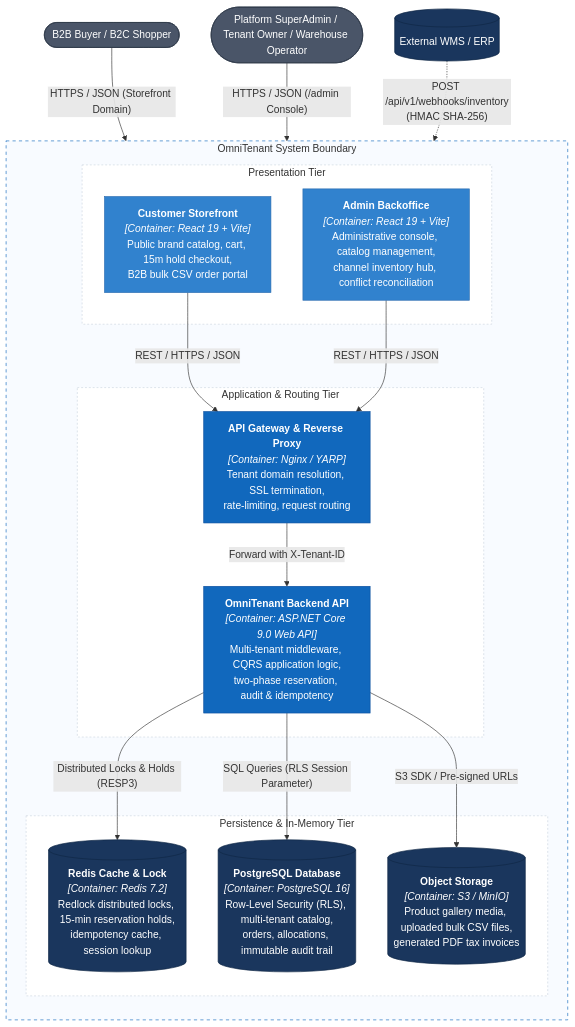
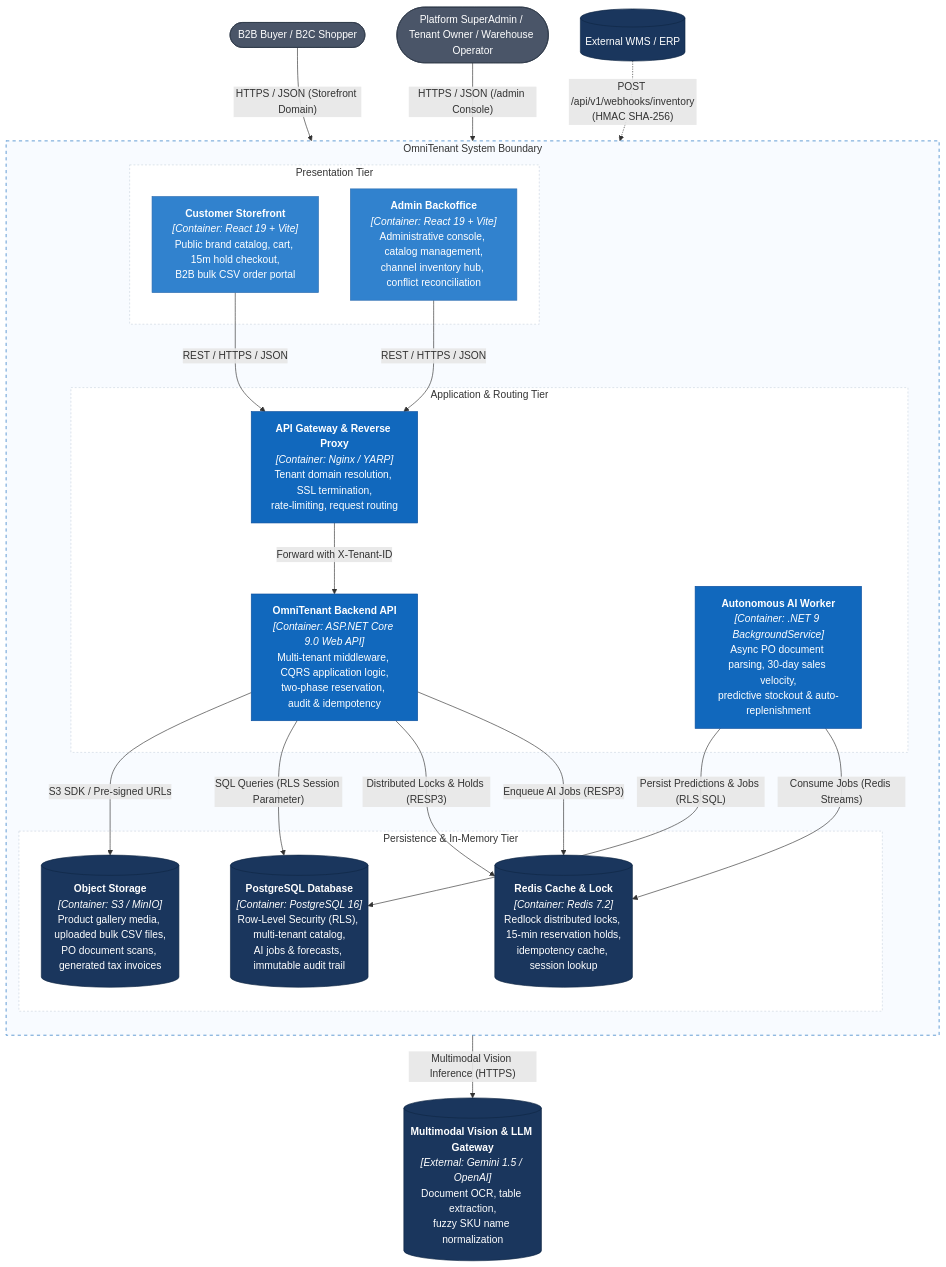
Before and after one commit to keybeand/OmniTennant: the diagram in docs/architecture/c4/02-container.md, drawn with Mermaid. The commit also changed other lines of this file and 12 other files, not shown here.

````diff
--- a/docs/architecture/c4/02-container.md
+++ b/docs/architecture/c4/02-container.md
@@ -11,54 +11,62 @@
 ```mermaid
 flowchart TB
     admin(["Platform SuperAdmin / Tenant Owner / Warehouse Operator"])
     shopper(["B2B Buyer / B2C Shopper"])
     extWms[("External WMS / ERP")]
 
     subgraph platform["OmniTenant System Boundary"]
         direction TB
 
         subgraph frontendTier["Presentation Tier"]
             storefrontApp["<b>Customer Storefront</b><br/><i>[Container: React 19 + Vite]</i><br/>Public brand catalog, cart, 15m hold checkout,<br/>B2B bulk CSV order portal"]
             backofficeApp["<b>Admin Backoffice</b><br/><i>[Container: React 19 + Vite]</i><br/>Administrative console, catalog management,<br/>channel inventory hub, conflict reconciliation"]
         end
 
         subgraph apiTier["Application & Routing Tier"]
             apiGateway["<b>API Gateway & Reverse Proxy</b><br/><i>[Container: Nginx / YARP]</i><br/>Tenant domain resolution, SSL termination,<br/>rate-limiting, request routing"]
             backendApp["<b>OmniTenant Backend API</b><br/><i>[Container: ASP.NET Core 9.0 Web API]</i><br/>Multi-tenant middleware, CQRS application logic,<br/>two-phase reservation, audit & idempotency"]
+            aiWorker["<b>Autonomous AI Worker</b><br/><i>[Container: .NET 9 BackgroundService]</i><br/>Async PO document parsing, 30-day sales velocity,<br/>predictive stockout & auto-replenishment"]
         end
 
         subgraph storageTier["Persistence & In-Memory Tier"]
             redisCache[("<b>Redis Cache & Lock</b><br/><i>[Container: Redis 7.2]</i><br/>Redlock distributed locks, 15-min reservation holds,<br/>idempotency cache, session lookup")]
-            postgresDb[("<b>PostgreSQL Database</b><br/><i>[Container: PostgreSQL 16]</i><br/>Row-Level Security (RLS), multi-tenant catalog,<br/>orders, allocations, immutable audit trail")]
-            blobStorage[("<b>Object Storage</b><br/><i>[Container: S3 / MinIO]</i><br/>Product gallery media, uploaded bulk CSV files,<br/>generated PDF tax invoices")]
+            postgresDb[("<b>PostgreSQL Database</b><br/><i>[Container: PostgreSQL 16]</i><br/>Row-Level Security (RLS), multi-tenant catalog,<br/>AI jobs & forecasts, immutable audit trail")]
+            blobStorage[("<b>Object Storage</b><br/><i>[Container: S3 / MinIO]</i><br/>Product gallery media, uploaded bulk CSV files,<br/>PO document scans, generated tax invoices")]
         end
     end
+
+    llmService[("<b>Multimodal Vision & LLM Gateway</b><br/><i>[External: Gemini 1.5 / OpenAI]</i><br/>Document OCR, table extraction,<br/>fuzzy SKU name normalization")]
 
     shopper -- "HTTPS / JSON (Storefront Domain)" --> storefrontApp
     admin -- "HTTPS / JSON (/admin Console)" --> backofficeApp
     extWms -.->|"POST /api/v1/webhooks/inventory<br/>(HMAC SHA-256)"| apiGateway
 
     storefrontApp -- "REST / HTTPS / JSON" --> apiGateway
     backofficeApp -- "REST / HTTPS / JSON" --> apiGateway
 
     apiGateway -- "Forward with X-Tenant-ID" --> backendApp
+
+    backendApp -- "Enqueue AI Jobs (RESP3)" --> redisCache
+    aiWorker -- "Consume Jobs (Redis Streams)" --> redisCache
+    aiWorker -- "Multimodal Vision Inference (HTTPS)" --> llmService
+    aiWorker -- "Persist Predictions & Jobs (RLS SQL)" --> postgresDb
 
     backendApp -- "Distributed Locks & Holds (RESP3)" --> redisCache
     backendApp -- "SQL Queries (RLS Session Parameter)" --> postgresDb
     backendApp -- "S3 SDK / Pre-signed URLs" --> blobStorage
 
     classDef user fill:#4a5568,color:#fff,stroke:#2d3748
     classDef client fill:#3182ce,color:#fff,stroke:#2b6cb0
     classDef app fill:#1168bd,color:#fff,stroke:#0b4f9e
     classDef data fill:#1a365d,color:#fff,stroke:#0f2744
 
     class admin,shopper user
     class storefrontApp,backofficeApp client
-    class apiGateway,backendApp app
-    class redisCache,postgresDb,blobStorage,extWms data
+    class apiGateway,backendApp,aiWorker app
+    class redisCache,postgresDb,blobStorage,extWms,llmService data
 
     style platform fill:#f8fbff,stroke:#1168bd,stroke-dasharray:5 5
     style frontendTier fill:#ffffff,stroke:#cbd5e0,stroke-dasharray:3 3
     style apiTier fill:#ffffff,stroke:#cbd5e0,stroke-dasharray:3 3
     style storageTier fill:#ffffff,stroke:#cbd5e0,stroke-dasharray:3 3
 ```
````
